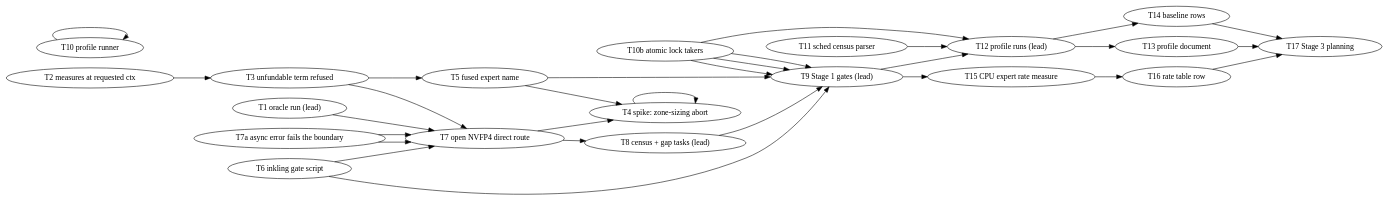
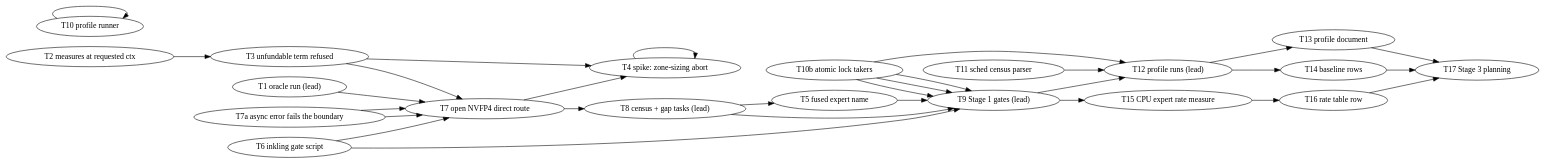
The diagram in docs/plans/2026-11-21-inkling2-mini-sycl-enable-profile-optimize.md (kainlan/llama.cpp-intel-optimizations), drawn with Graphviz before and after one commit. The commit also changed other lines of this file, not shown here.

````diff
--- a/docs/plans/2026-11-21-inkling2-mini-sycl-enable-profile-optimize.md
+++ b/docs/plans/2026-11-21-inkling2-mini-sycl-enable-profile-optimize.md
@@ -92,33 +92,33 @@
 ```dot
 digraph dependencies {
     rankdir=LR;
     1  [label="T1 oracle run (lead)"];
     2  [label="T2 measures at requested ctx"];
     3  [label="T3 unfundable term refused"];
     4  [label="T4 spike: zone-sizing abort"];
     4b [label="T4b zone-sizing refusal"];
     5  [label="T5 fused expert name"];
     6  [label="T6 inkling gate script"];
     6b [label="T6b GPT-OSS gate without -ngl"];
     7a [label="T7a async error fails the boundary"];
     7b [label="T7b every queue has the handler"];
     7  [label="T7 open NVFP4 direct route"];
     8  [label="T8 census + gap tasks (lead)"];
     9  [label="T9 Stage 1 gates (lead)"];
     10 [label="T10 profile runner"];
     10b [label="T10b atomic lock takers"];
     11 [label="T11 sched census parser"];
     12 [label="T12 profile runs (lead)"];
     13 [label="T13 profile document"];
     14 [label="T14 baseline rows"];
     15 [label="T15 CPU expert rate measure"];
     16 [label="T16 rate table row"];
     17 [label="T17 Stage 3 planning"];
-    2 -> 3; 3 -> 5; 4 -> 4b; 5 -> 4b; 7 -> 4b;
+    2 -> 3; 3 -> 4b; 4 -> 4b; 7 -> 4b; 8 -> 5;
     1 -> 7a; 7a -> 7; 7a -> 7b; 3 -> 7; 6 -> 7; 7 -> 8;
     8 -> 9; 6 -> 9; 6b -> 9; 4b -> 9; 5 -> 9; 7b -> 9;
     9 -> 12; 10 -> 10b; 10b -> 12; 11 -> 12;
     12 -> 13; 12 -> 14; 9 -> 15; 15 -> 16;
     13 -> 17; 14 -> 17; 16 -> 17;
 }
 ```
````
